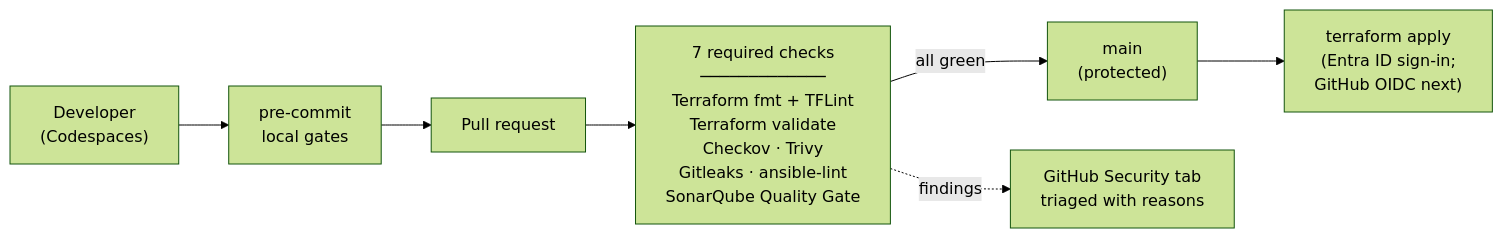
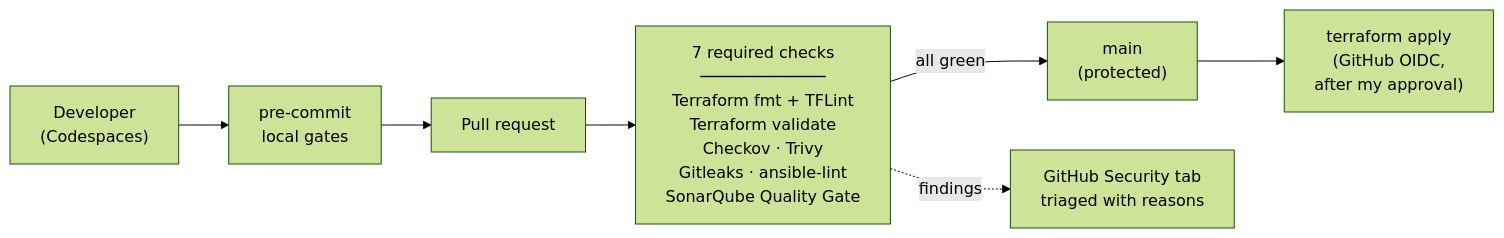
Before and after one commit to Subash-1507/multicloud-secure-iac: the first of 3 diagrams in README.md, drawn with Mermaid (forest theme). The commit also changed other lines of this file and 2 other files, not shown here.

Commit message:
docs: record first approval-gated GitHub Actions deploy to Azure (#11)

````diff
--- a/README.md
+++ b/README.md
@@ -15,9 +15,9 @@
 ```mermaid
 flowchart LR
   dev["Developer<br/>(Codespaces)"] --> pc["pre-commit<br/>local gates"]
   pc --> pr["Pull request"]
   pr --> gates["7 required checks<br/>─────────────<br/>Terraform fmt + TFLint<br/>Terraform validate<br/>Checkov · Trivy<br/>Gitleaks · ansible-lint<br/>SonarQube Quality Gate"]
   gates -->|"all green"| main["main<br/>(protected)"]
   gates -.->|"findings"| sec["GitHub Security tab<br/>triaged with reasons"]
-  main --> apply["terraform apply<br/>(Entra ID sign-in;<br/>GitHub OIDC next)"]
+  main --> apply["terraform apply<br/>(GitHub OIDC,<br/>after my approval)"]
 ```
````
